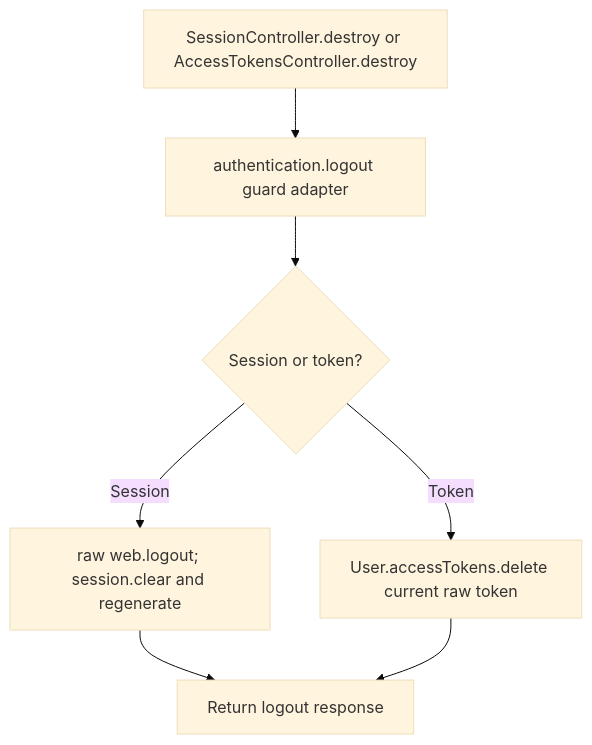
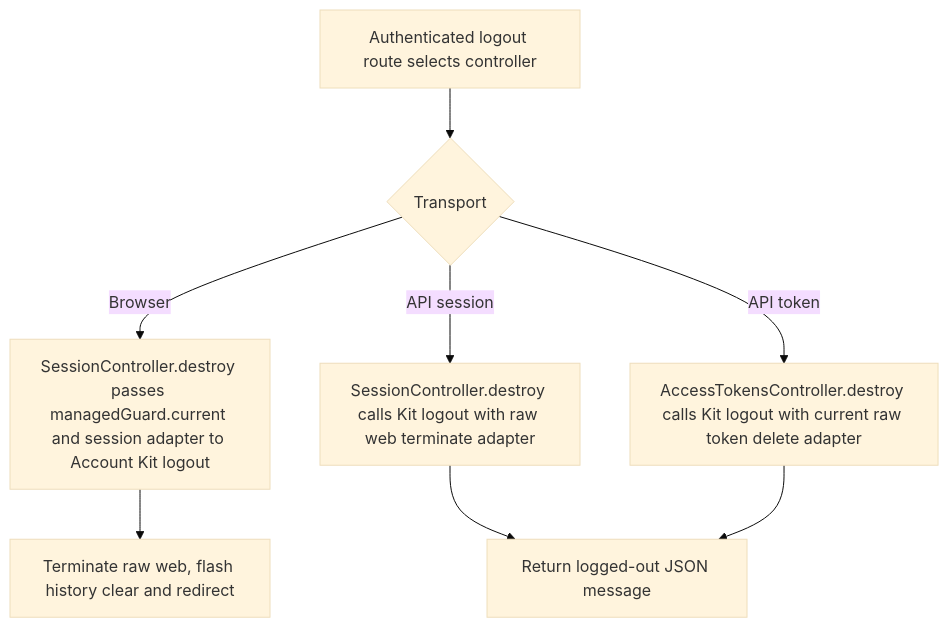
Before and after one commit to Kevinjohn/oss-adonisjs-starter-examples: the second of 2 diagrams in user-stories/api/us-api-01-sign-out.md, drawn with Mermaid (base theme). The commit also changed other lines of this file and 29 other files, not shown here.

````diff
--- a/user-stories/api/us-api-01-sign-out.md
+++ b/user-stories/api/us-api-01-sign-out.md
@@ -33,9 +33,10 @@
 ```mermaid
 flowchart TD
-    A["SessionController.destroy or AccessTokensController.destroy"] --> B["authentication.logout guard adapter"]
-    B --> C{"Session or token?"}
-    C -->|Session| D["raw web.logout; session.clear and regenerate"]
-    C -->|Token| E["User.accessTokens.delete current raw token"]
-    D --> F["Return logout response"]
-    E --> F
+    A["Authenticated logout route selects controller"] --> C{"Transport"}
+    C -->|Browser| R["SessionController.destroy passes managedGuard.current and session adapter to Account Kit logout"]
+    R --> F["Terminate raw web, flash history clear and redirect"]
+    C -->|API session| D["SessionController.destroy calls Kit logout with raw web terminate adapter"]
+    C -->|API token| E["AccessTokensController.destroy calls Kit logout with current raw token delete adapter"]
+    D --> G["Return logged-out JSON message"]
+    E --> G
 ```
````
